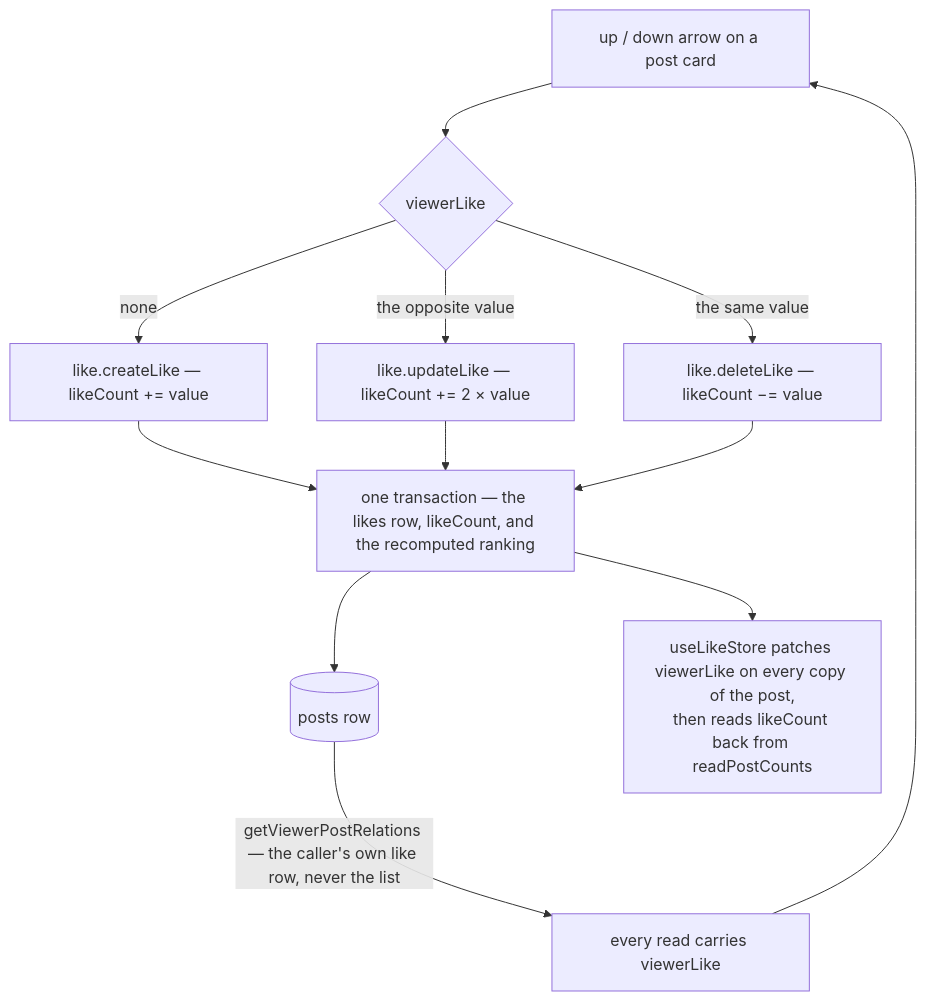
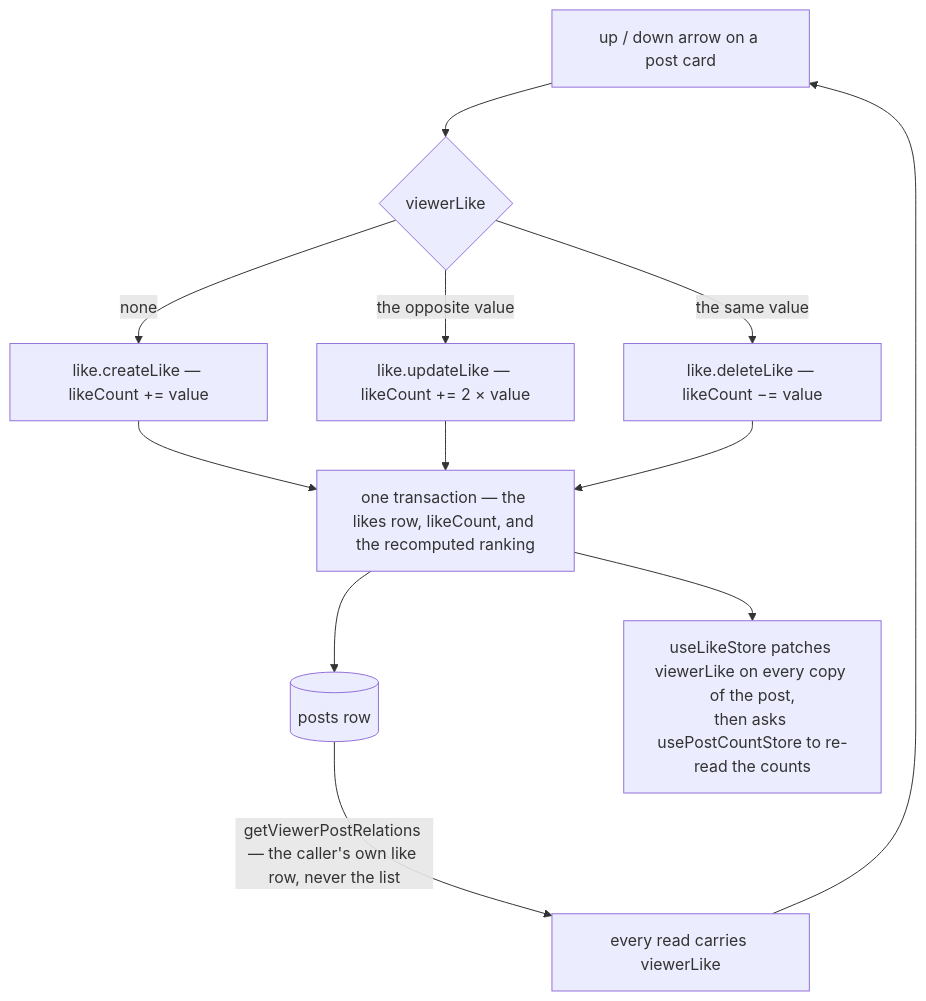
The diagram in openspec/specs/post/likes/design.md (Esposter/Esposter), drawn with Mermaid before and after one commit. The commit also changed other lines of this file and 9 other files, not shown here.

First line of the commit message:
refactor(post): one owner re-reads the post counts, and each store applies the read to its own copies

````diff
--- a/openspec/specs/post/likes/design.md
+++ b/openspec/specs/post/likes/design.md
@@ -7,14 +7,14 @@
 ```mermaid
 flowchart TD
   arrows["up / down arrow on a post card"] --> pick{"viewerLike"}
   pick -->|"none"| createLike["like.createLike — likeCount += value"]
   pick -->|"the opposite value"| updateLike["like.updateLike — likeCount += 2 × value"]
   pick -->|"the same value"| deleteLike["like.deleteLike — likeCount −= value"]
   createLike --> txn
   updateLike --> txn
   deleteLike --> txn["one transaction — the likes row, likeCount, and the recomputed ranking"]
   txn --> row[("posts row")]
-  txn --> patch["useLikeStore patches viewerLike on every copy of the post,<br/>then reads likeCount back from readPostCounts"]
+  txn --> patch["useLikeStore patches viewerLike on every copy of the post,<br/>then asks usePostCountStore to re-read the counts"]
   row -->|"getViewerPostRelations — the caller's own like row, never the list"| viewer["every read carries viewerLike"]
   viewer --> arrows
 ```
````
